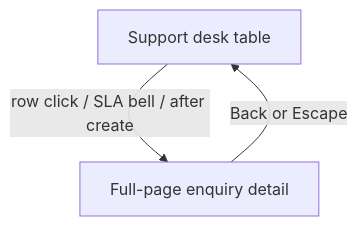
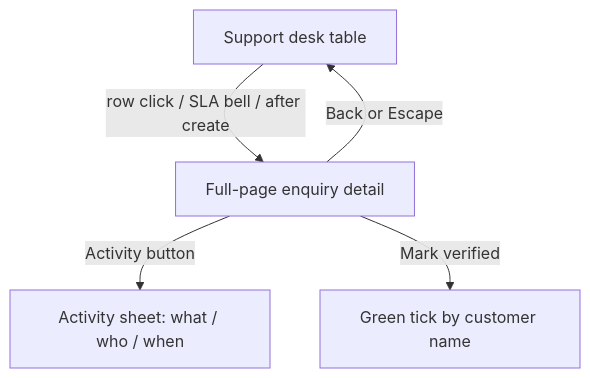
Before and after one commit to Mayur8291/Printing-Tracker: the second of 49 diagrams in docs/FLOWCHARTS.md, drawn with Mermaid.

Commit message:
docs: flowchart for verified tick and Activity sheet
Keep the enquiry detail diagram in sync with the case page buttons.

````diff
--- a/docs/FLOWCHARTS.md
+++ b/docs/FLOWCHARTS.md
@@ -16,5 +16,7 @@
 ```mermaid
 flowchart TD
   List[Support desk table] -->|row click / SLA bell / after create| Page[Full-page enquiry detail]
   Page -->|Back or Escape| List
+  Page -->|Activity button| Sheet[Activity sheet: what / who / when]
+  Page -->|Mark verified| Tick[Green tick by customer name]
 ```
````
